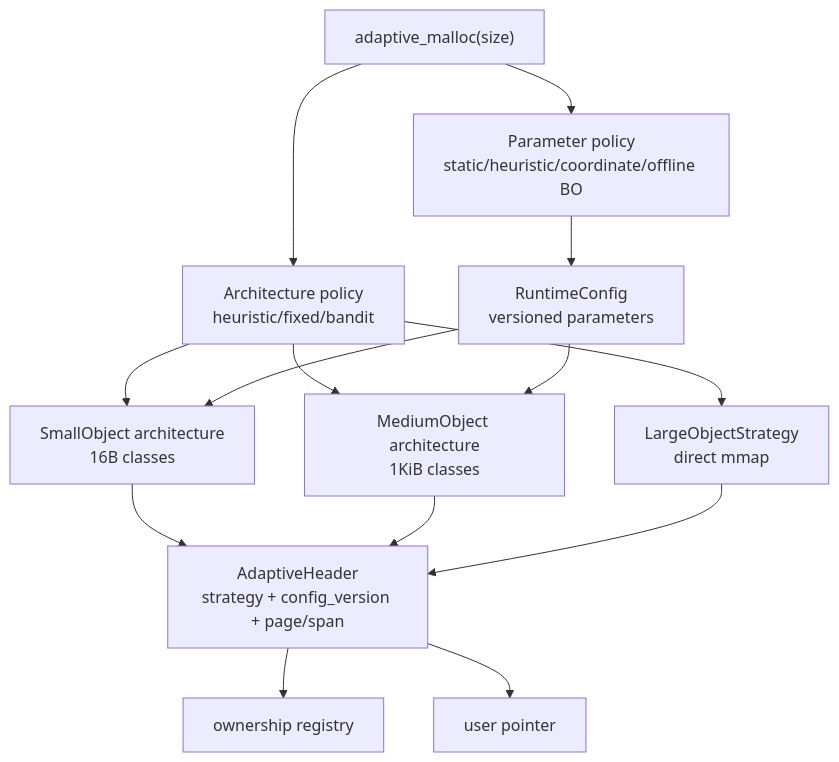
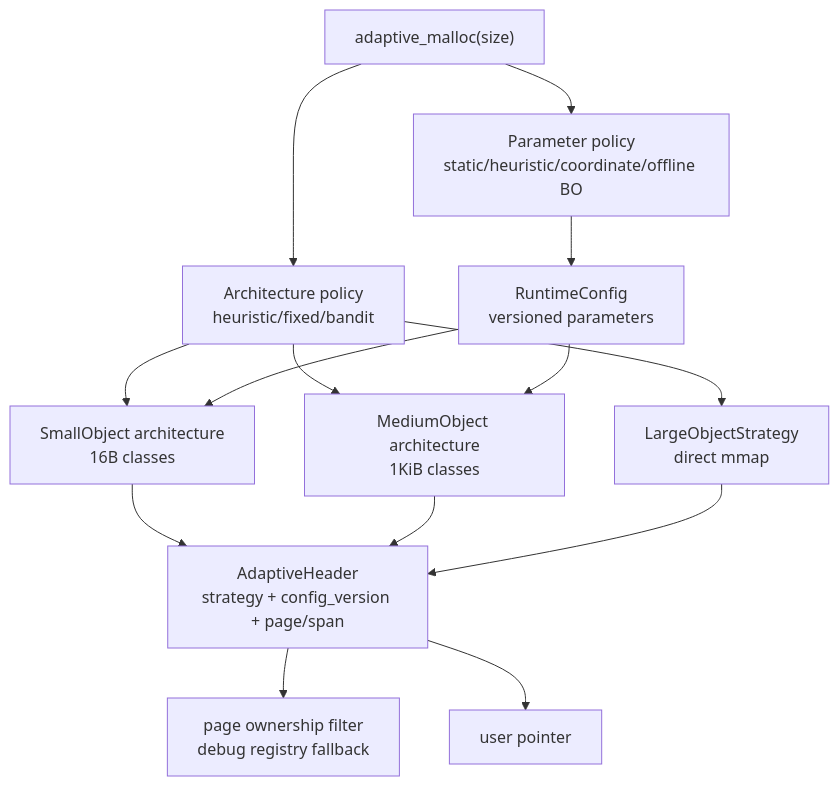
The third of 3 diagrams in docs/system_architecture.md (sdsasf/my_malloc), drawn with Mermaid before and after one commit. The commit also changed other lines of this file and 13 other files, not shown here.

````diff
--- a/docs/system_architecture.md
+++ b/docs/system_architecture.md
@@ -160,26 +160,26 @@
 ```mermaid
 flowchart TB
     Req["adaptive_malloc(size)"]
     ArchPolicy["Architecture policy<br/>heuristic/fixed/bandit"]
     ParamPolicy["Parameter policy<br/>static/heuristic/coordinate/offline BO"]
     Config["RuntimeConfig<br/>versioned parameters"]
     Small["SmallObject architecture<br/>16B classes"]
     Medium["MediumObject architecture<br/>1KiB classes"]
     Large["LargeObjectStrategy<br/>direct mmap"]
     Header["AdaptiveHeader<br/>strategy + config_version + page/span"]
-    Registry["ownership registry"]
+    Registry["page ownership filter<br/>debug registry fallback"]
     User["user pointer"]
 
     Req --> ArchPolicy
     Req --> ParamPolicy --> Config
     ArchPolicy --> Small
     ArchPolicy --> Medium
     ArchPolicy --> Large
     Config --> Small
     Config --> Medium
     Small --> Header
     Medium --> Header
     Large --> Header
     Header --> Registry
     Header --> User
 ```
````
